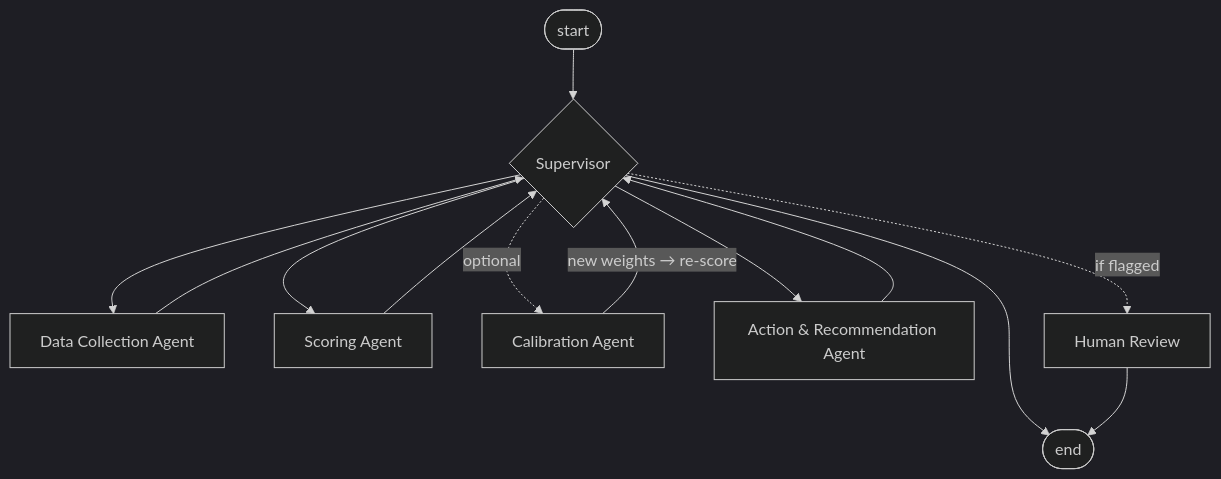
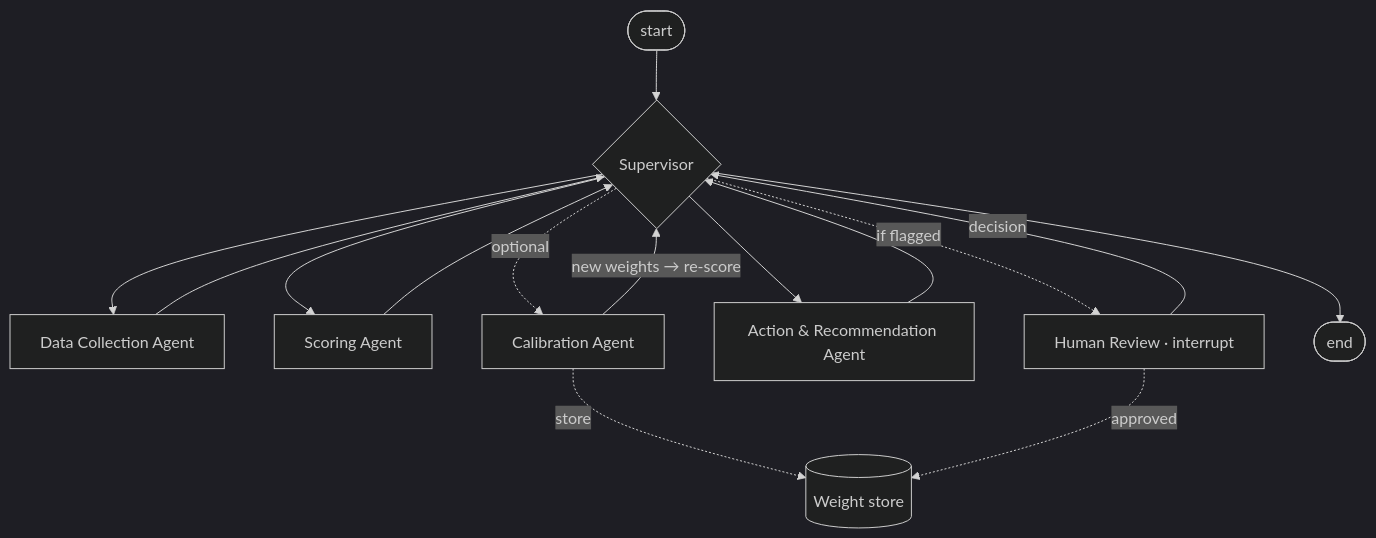
The diagram in README.md (CsabaRanks/Lean-Agentic-AI-Supplier-Risk-System), drawn with Mermaid (dark theme) before and after one commit. The commit also changed other lines of this file and 27 other files, not shown here.

````diff
--- a/README.md
+++ b/README.md
@@ -72,15 +77,17 @@
 ```mermaid
 flowchart TD
     START([start]) --> SUP{Supervisor}
     SUP --> DC[Data Collection Agent]
     SUP --> SC[Scoring Agent]
     SUP -. optional .-> CA[Calibration Agent]
     SUP --> RA[Action & Recommendation Agent]
-    SUP -. if flagged .-> HR[Human Review]
+    SUP -. if flagged .-> HR[Human Review · interrupt]
     DC --> SUP
     SC --> SUP
     CA -- new weights → re-score --> SUP
     RA --> SUP
+    HR -- decision --> SUP
     SUP --> END([end])
-    HR --> END
+    CA -. store .-> WS[(Weight store)]
+    HR -. approved .-> WS
 ```
````
